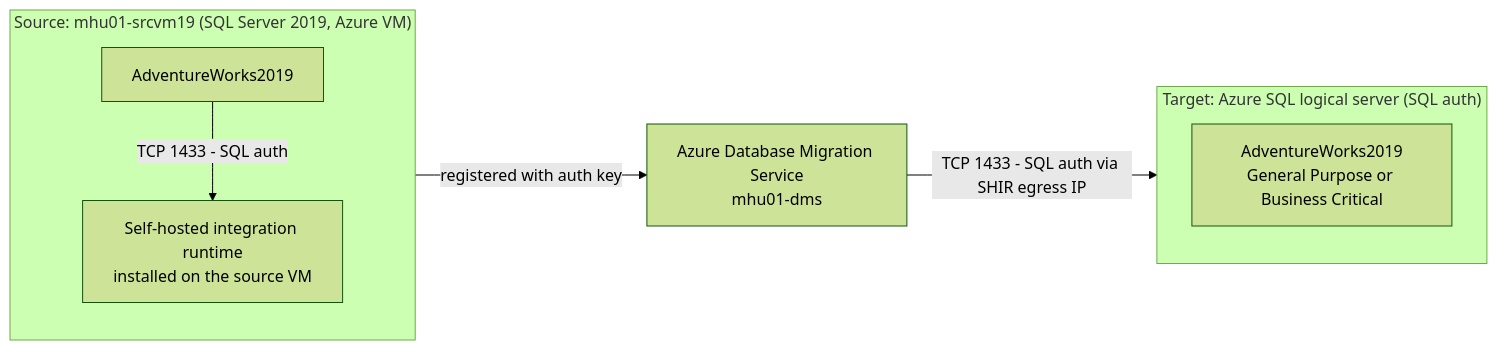
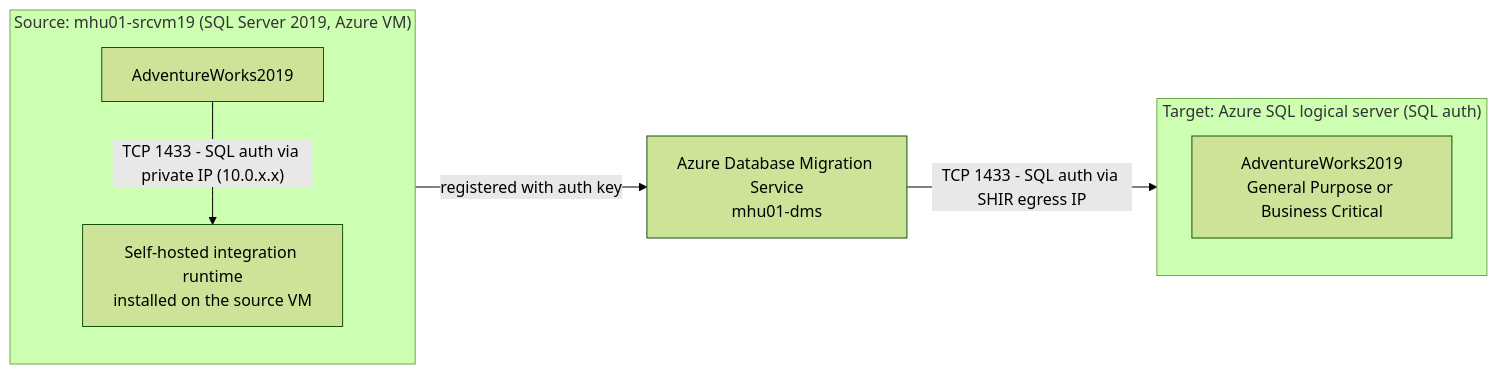
The diagram in walkthrough/challenge-02/solution-02.md (aofvalley/microhack-sql-2026), drawn with Mermaid (forest theme) before and after one commit. The commit also changed other lines of this file, not shown here.

Commit message:
Clarify connectivity instructions for DMS migration, specifying the use of private IP for source SQL Server and enhancing role permissions documentation.

````diff
--- a/walkthrough/challenge-02/solution-02.md
+++ b/walkthrough/challenge-02/solution-02.md
@@ -54,19 +54,19 @@
 ```mermaid
 flowchart LR
     subgraph SRC["Source: mhu01-srcvm19 (SQL Server 2019, Azure VM)"]
         direction TB
         DB["AdventureWorks2019"]
         SHIR["Self-hosted integration runtime<br/>installed on the source VM"]
     end
 
     DMS["Azure Database Migration Service<br/>mhu01-dms"]
 
     subgraph TGT["Target: Azure SQL logical server (SQL auth)"]
         direction TB
         TDB["AdventureWorks2019<br/>General Purpose or Business Critical"]
     end
 
-    DB -->|"TCP 1433 - SQL auth"| SHIR
+    DB -->|"TCP 1433 - SQL auth via private IP (10.0.x.x)"| SHIR
     SHIR -->|"registered with auth key"| DMS
     DMS -->|"TCP 1433 - SQL auth via SHIR egress IP"| TDB
 ```
````
